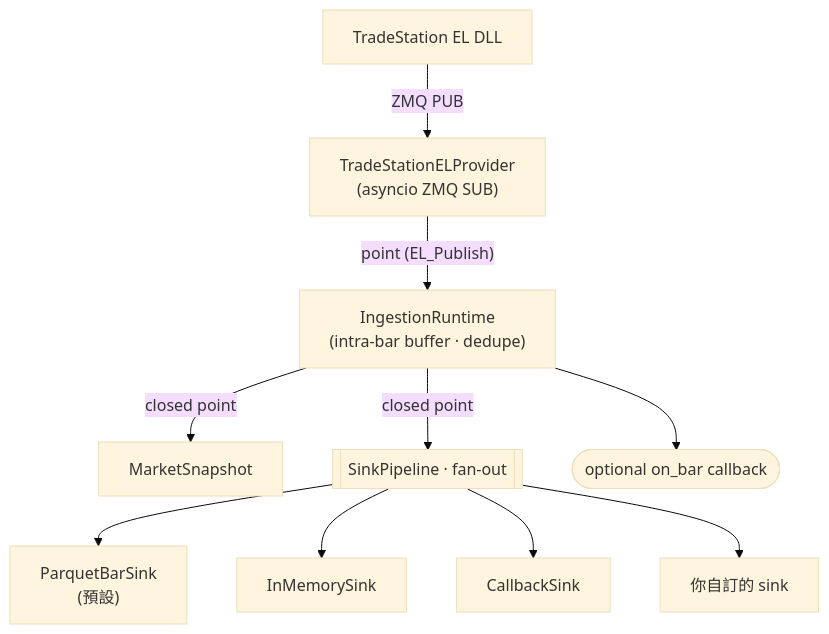
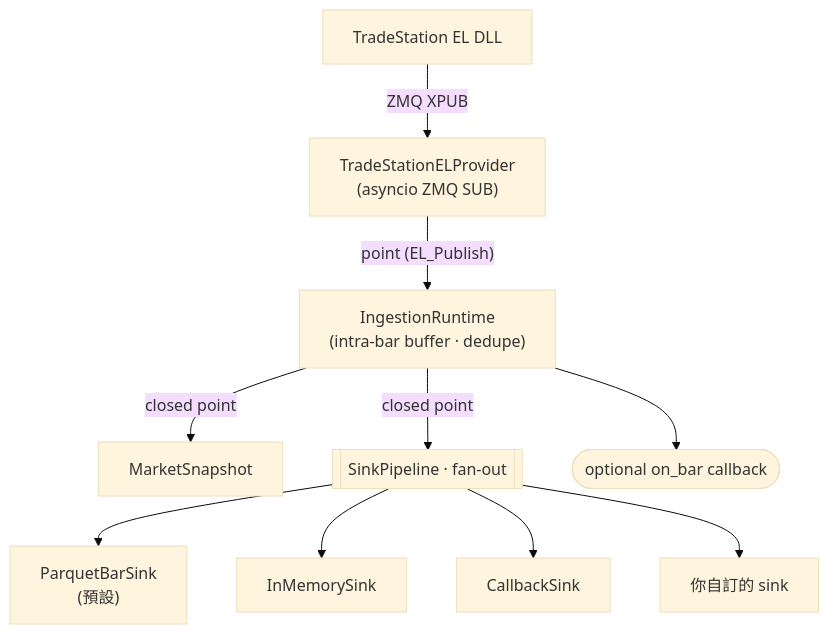
One commit to millerlai/tradestation-data-provider changed the diagram in bindings/python/README.zh-TW.md. Above: the diagram before and after it, drawn with Mermaid (base theme). The commit also changed other lines of this file and 26 other files, not shown here.

First line of the commit message:
feat(abi)!: EL_Init announces its chart and waits for a subscriber

````diff
--- a/bindings/python/README.zh-TW.md
+++ b/bindings/python/README.zh-TW.md
@@ -31,24 +31,24 @@
 ```mermaid
 flowchart TD
     DLL["TradeStation EL DLL"]
     Provider["TradeStationELProvider<br/>(asyncio ZMQ SUB)"]
     Runtime["IngestionRuntime<br/>(intra-bar buffer · dedupe)"]
     Snapshot["MarketSnapshot"]
     Pipeline[["SinkPipeline · fan-out"]]
     OnBar(["optional on_bar callback"])
 
     PBar["ParquetBarSink<br/>(預設)"]
     Memory["InMemorySink"]
     Callback["CallbackSink"]
     Custom["你自訂的 sink"]
 
-    DLL -- "ZMQ PUB" --> Provider
+    DLL -- "ZMQ XPUB" --> Provider
     Provider -- "point (EL_Publish)" --> Runtime
     Runtime -- "closed point" --> Snapshot
     Runtime -- "closed point" --> Pipeline
     Runtime --> OnBar
     Pipeline --> PBar
     Pipeline --> Memory
     Pipeline --> Callback
     Pipeline --> Custom
 ```
````
